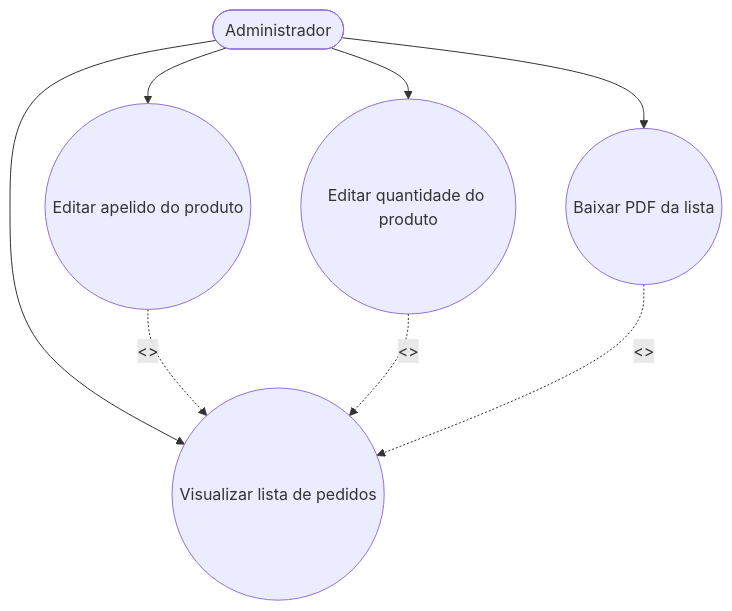
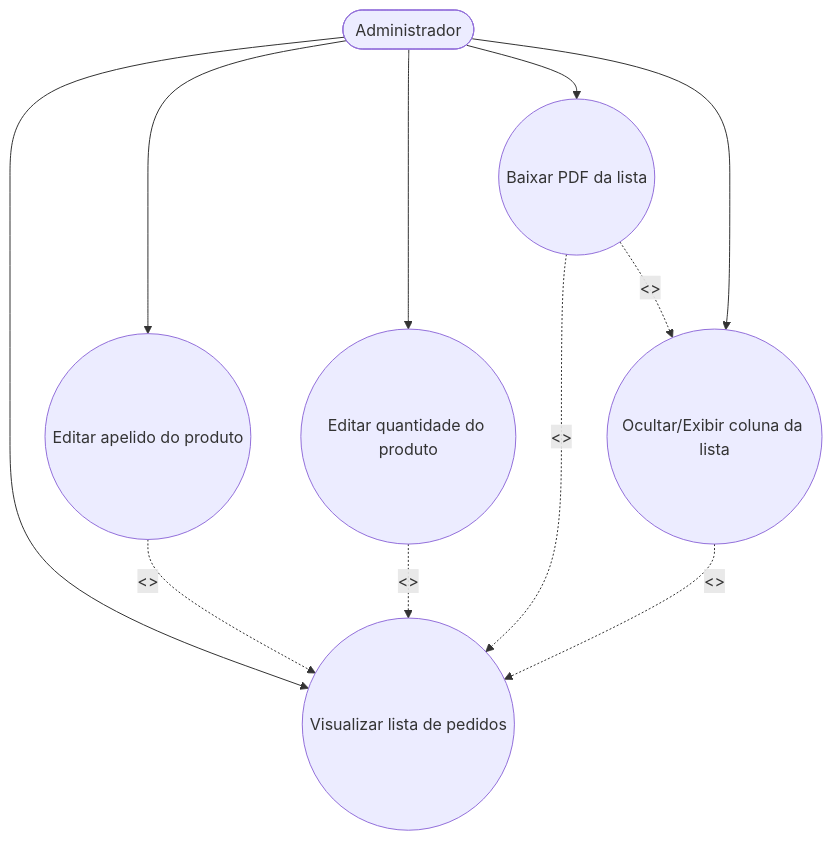
Before and after one commit to rodrigovanelli/relatorio-personalizado-pedidos-pagos: the diagram in README.md, drawn with Mermaid.

Commit message:
docs: adiciona caso de uso de ocultar/exibir coluna

````diff
--- a/README.md
+++ b/README.md
@@ -24,17 +24,21 @@
 ```mermaid
 flowchart TD
     Admin([Administrador])
     UC1(("Visualizar lista de pedidos"))
     UC2(("Editar apelido do produto"))
     UC3(("Editar quantidade do produto"))
     UC4(("Baixar PDF da lista"))
+    UC5(("Ocultar/Exibir coluna da lista"))
 
     Admin --> UC1
     Admin --> UC2
     Admin --> UC3
     Admin --> UC4
+    Admin --> UC5
 
     UC2 -.->|"<<include>>"| UC1
     UC3 -.->|"<<include>>"| UC1
     UC4 -.->|"<<include>>"| UC1
+    UC5 -.->|"<<include>>"| UC1
+    UC4 -.->|"<<include>>"| UC5
 ```
````
